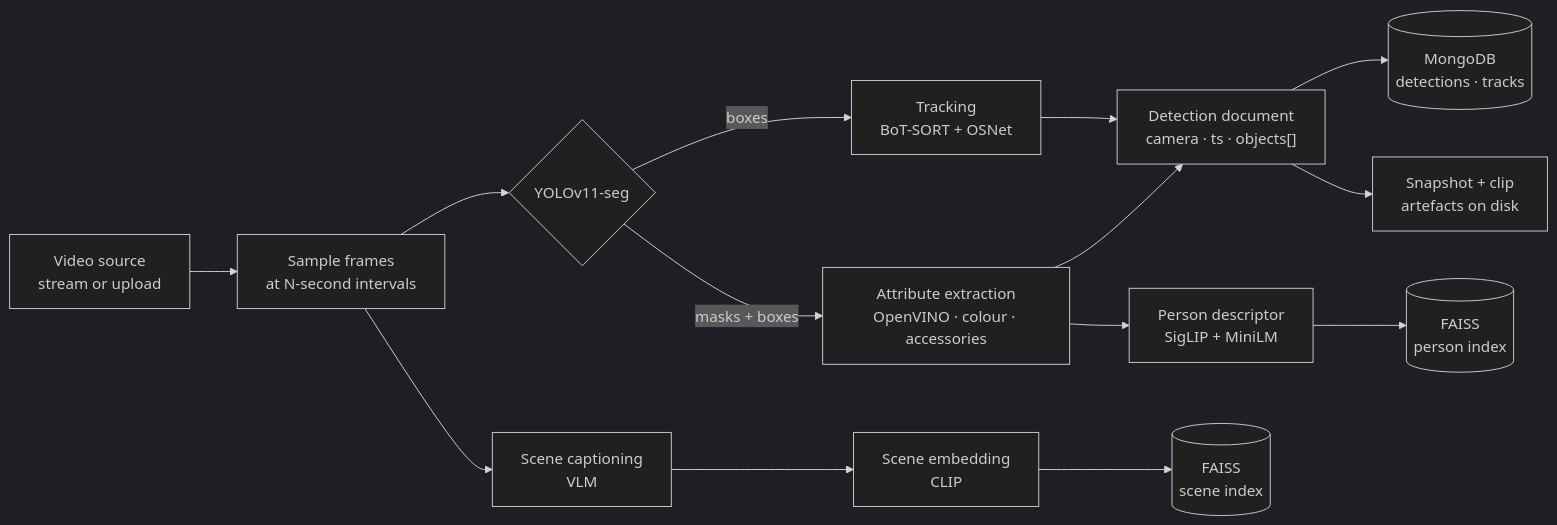
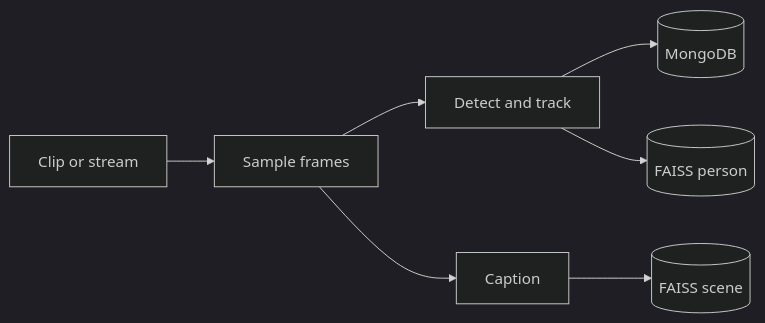
Before and after one commit to sujalmh/AI-Powered-Surveillance-System-with-Natural-Language-based-Querying: the third of 3 diagrams in README.md, drawn with Mermaid (dark theme). The commit also changed other lines of this file, not shown here.

First line of the commit message:
docs: simplify README and fix diagram rendering

````diff
--- a/README.md
+++ b/README.md
@@ -195,16 +73,9 @@
 ```mermaid
 flowchart LR
-    A["Video source<br/>stream or upload"] --> B["Sample frames<br/>at N-second intervals"]
-    B --> C{"YOLOv11-seg"}
-    C -->|"masks + boxes"| D["Attribute extraction<br/>OpenVINO · colour · accessories"]
-    C -->|"boxes"| E["Tracking<br/>BoT-SORT + OSNet"]
-    B --> F["Scene captioning<br/>VLM"]
-    D --> G["Detection document<br/>camera · ts · objects[]"]
-    E --> G
-    G --> H[("MongoDB<br/>detections · tracks")]
-    F --> I["Scene embedding<br/>CLIP"]
-    D --> J["Person descriptor<br/>SigLIP + MiniLM"]
-    I --> K[("FAISS<br/>scene index")]
-    J --> L[("FAISS<br/>person index")]
-    G --> M["Snapshot + clip<br/>artefacts on disk"]
+    V["Clip or stream"] --> F["Sample frames"]
+    F --> D["Detect and track"]
+    F --> C["Caption"]
+    D --> M[("MongoDB")]
+    C --> V1[("FAISS scene")]
+    D --> V2[("FAISS person")]
 ```
````
